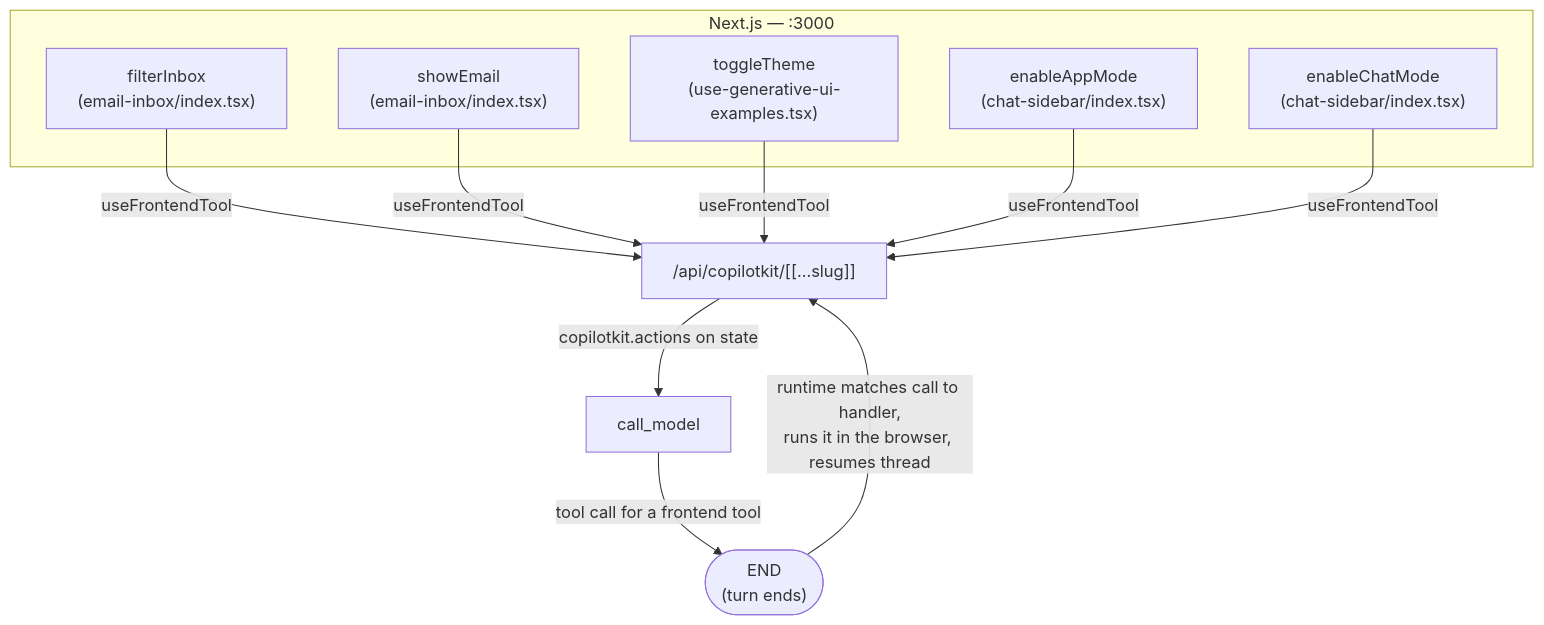
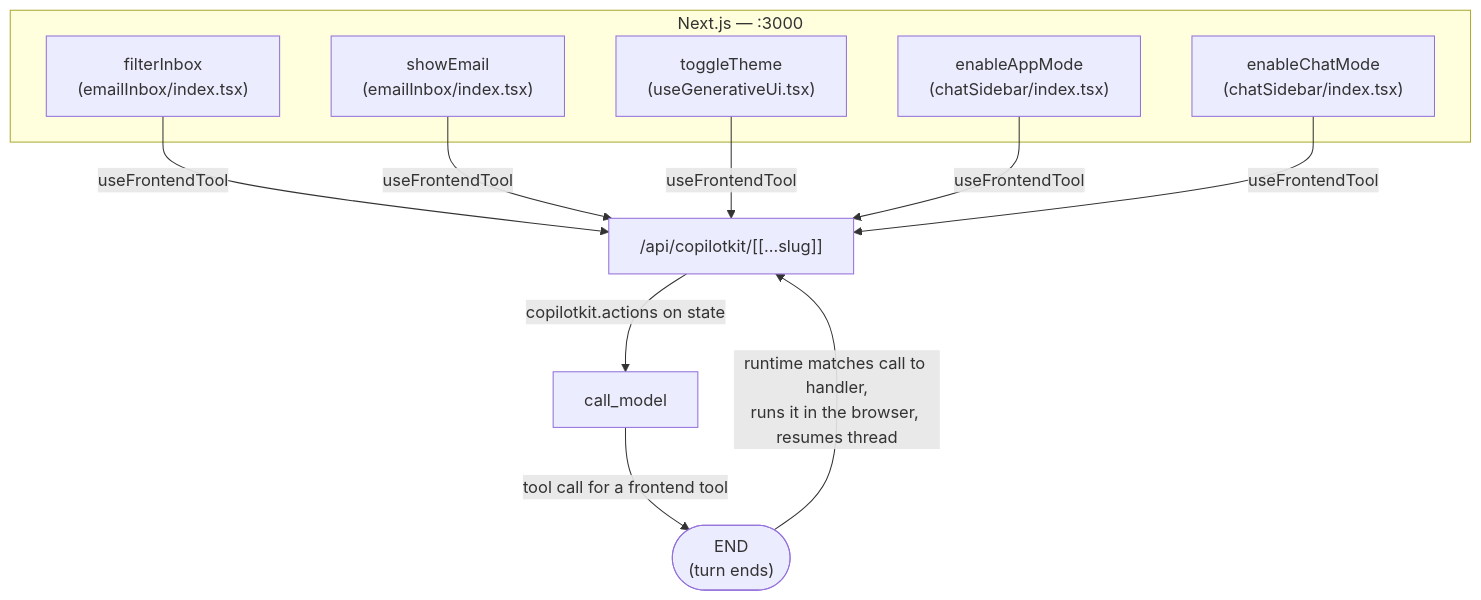
The fifth of 5 diagrams in practice-new-version/docs/ARCHITECTURE.md (myle-agilityio/langchain-training), drawn with Mermaid before and after one commit. The commit also changed other lines of this file and 46 other files, not shown here.

````diff
--- a/practice-new-version/docs/ARCHITECTURE.md
+++ b/practice-new-version/docs/ARCHITECTURE.md
@@ -126,20 +126,20 @@
 ```mermaid
 graph TD
     subgraph Frontend["Next.js — :3000"]
-        FilterInbox["filterInbox\n(email-inbox/index.tsx)"]
-        ShowEmail["showEmail\n(email-inbox/index.tsx)"]
-        ToggleTheme["toggleTheme\n(use-generative-ui-examples.tsx)"]
-        EnableAppMode["enableAppMode\n(chat-sidebar/index.tsx)"]
-        EnableChatMode["enableChatMode\n(chat-sidebar/index.tsx)"]
+        FilterInbox["filterInbox\n(emailInbox/index.tsx)"]
+        ShowEmail["showEmail\n(emailInbox/index.tsx)"]
+        ToggleTheme["toggleTheme\n(useGenerativeUi.tsx)"]
+        EnableAppMode["enableAppMode\n(chatSidebar/index.tsx)"]
+        EnableChatMode["enableChatMode\n(chatSidebar/index.tsx)"]
     end
 
     FilterInbox -- "useFrontendTool" --> CopilotRoute["/api/copilotkit/[[...slug]]"]
     ShowEmail -- "useFrontendTool" --> CopilotRoute
     ToggleTheme -- "useFrontendTool" --> CopilotRoute
     EnableAppMode -- "useFrontendTool" --> CopilotRoute
     EnableChatMode -- "useFrontendTool" --> CopilotRoute
 
     CopilotRoute -- "copilotkit.actions on state" --> call_model["call_model"]
     call_model -- "tool call for a frontend tool" --> END(["END\n(turn ends)"])
     END -- "runtime matches call to handler,\nruns it in the browser, resumes thread" --> CopilotRoute
 ```
````
